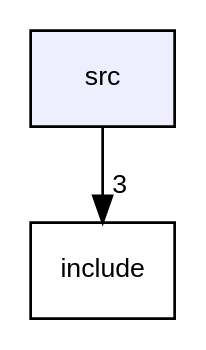
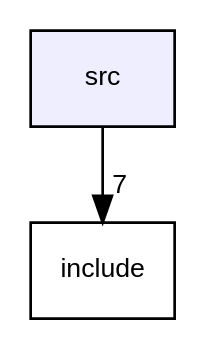
One commit to Tatmiki/Graph changed the diagram in Unweighted_Graph/docs/rtf/dir_68267d1309a1af8e8297ef4c3efbcdba_dep.dot. Above: the diagram before and after it, drawn with Graphviz. The commit also changed 25 other files, not shown here.

```diff
--- a/Unweighted_Graph/docs/rtf/dir_68267d1309a1af8e8297ef4c3efbcdba_dep.dot
+++ b/Unweighted_Graph/docs/rtf/dir_68267d1309a1af8e8297ef4c3efbcdba_dep.dot
@@ -1,8 +1,8 @@
 digraph "src" {
   compound=true
   node [ fontsize="10", fontname="Helvetica"];
   edge [ labelfontsize="10", labelfontname="Helvetica"];
   dir_68267d1309a1af8e8297ef4c3efbcdba [shape=box, label="src", style="filled", fillcolor="#eeeeff", pencolor="black", URL="dir_68267d1309a1af8e8297ef4c3efbcdba.html"];
   dir_d44c64559bbebec7f509842c48db8b23 [shape=box label="include" URL="dir_d44c64559bbebec7f509842c48db8b23.html"];
-  dir_68267d1309a1af8e8297ef4c3efbcdba->dir_d44c64559bbebec7f509842c48db8b23 [headlabel="3", labeldistance=1.5 headhref="dir_000001_000000.html"];
+  dir_68267d1309a1af8e8297ef4c3efbcdba->dir_d44c64559bbebec7f509842c48db8b23 [headlabel="7", labeldistance=1.5 headhref="dir_000001_000000.html"];
 }
```
